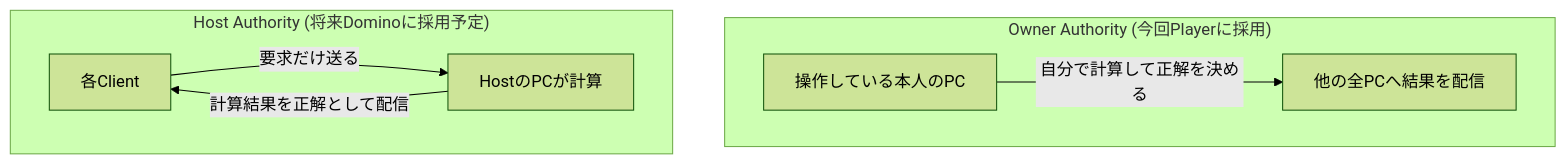
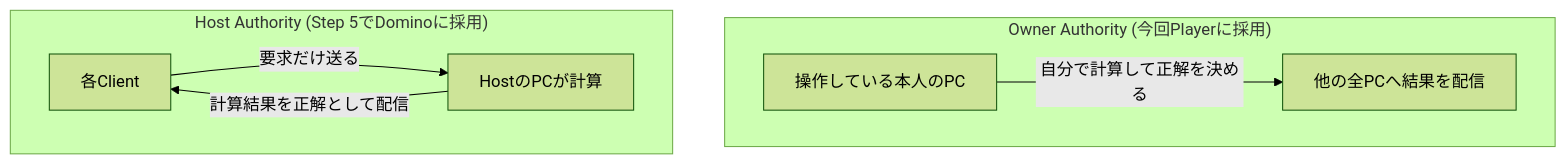
The second of 6 diagrams in Docs/Networking.md (skygonzaburou/domino-game), drawn with Mermaid (forest theme) before and after one commit. The commit also changed other lines of this file and 9 other files, not shown here.

First line of the commit message:
Step 5: Networked Domino placement with Host-authoritative physics

````diff
--- a/Docs/Networking.md
+++ b/Docs/Networking.md
@@ -118,12 +118,12 @@
 ```mermaid
 graph TD
     subgraph "Owner Authority (今回Playerに採用)"
         direction LR
         O1[操作している本人のPC] -->|自分で計算して正解を決める| O2[他の全PCへ結果を配信]
     end
-    subgraph "Host Authority (将来Dominoに採用予定)"
+    subgraph "Host Authority (Step 5でDominoに採用)"
         direction LR
         D1[各Client] -->|要求だけ送る| D2[HostのPCが計算]
         D2 -->|計算結果を正解として配信| D1
     end
 ```
````
